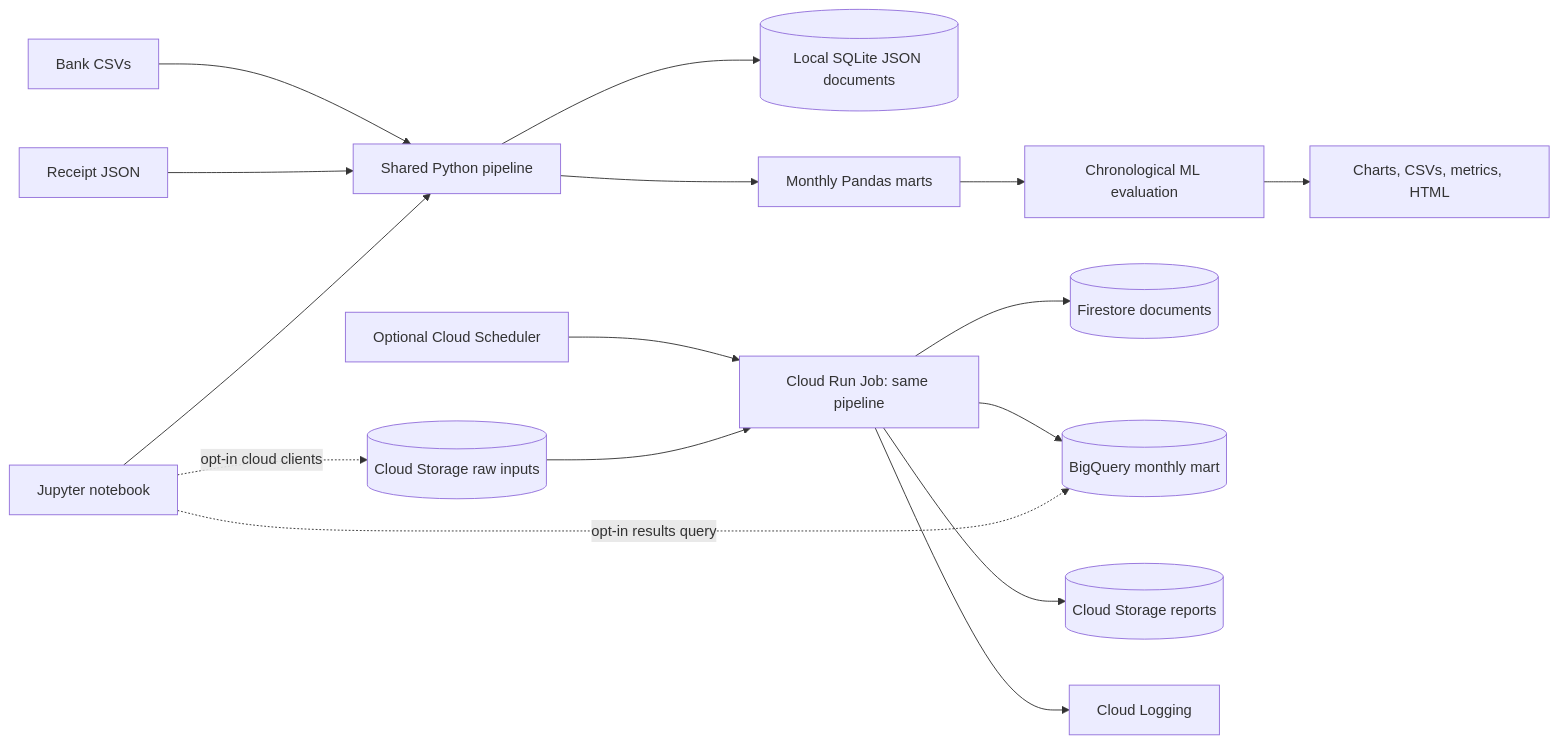
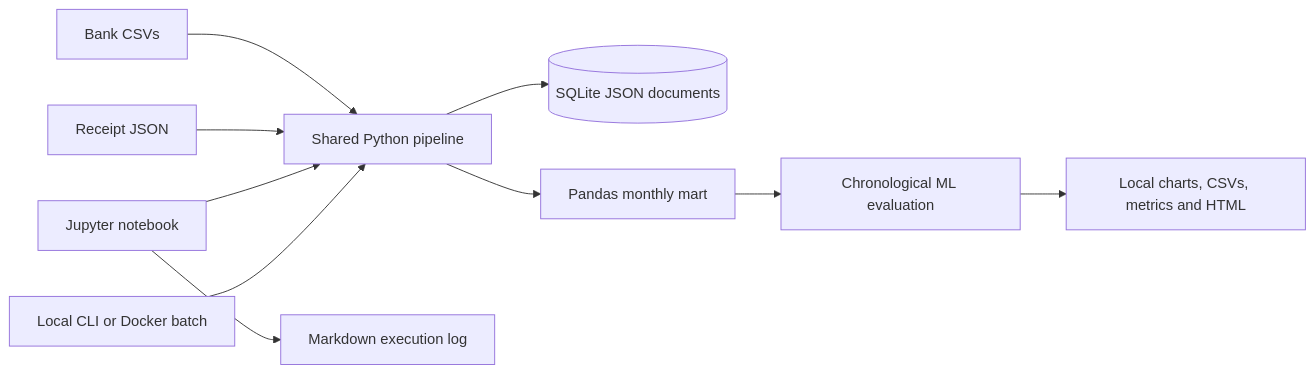
Before and after one commit to swasthika-aa/personal-finance-tracker: the diagram in README.md, drawn with Mermaid. The commit also changed other lines of this file and 35 other files, not shown here.

Commit message:
Make finance demo local-first and archive future cloud scope

````diff
--- a/README.md
+++ b/README.md
@@ -88,18 +91,12 @@
 ```mermaid
 flowchart LR
     CSV[Bank CSVs] --> PY[Shared Python pipeline]
     JSON[Receipt JSON] --> PY
     NB[Jupyter notebook] --> PY
-    PY --> SQL[(Local SQLite JSON documents)]
-    PY --> MART[Monthly Pandas marts]
+    CLI[Local CLI or Docker batch] --> PY
+    PY --> DB[(SQLite JSON documents)]
+    PY --> MART[Pandas monthly mart]
     MART --> ML[Chronological ML evaluation]
-    ML --> REPORT[Charts, CSVs, metrics, HTML]
-    SCHED[Optional Cloud Scheduler] --> JOB[Cloud Run Job: same pipeline]
-    GCS[(Cloud Storage raw inputs)] --> JOB
-    JOB --> FS[(Firestore documents)]
-    JOB --> BQ[(BigQuery monthly mart)]
-    JOB --> GCSR[(Cloud Storage reports)]
-    JOB --> LOG[Cloud Logging]
-    NB -. opt-in cloud clients .-> GCS
-    NB -. opt-in results query .-> BQ
+    ML --> REPORT[Local charts, CSVs, metrics and HTML]
+    NB --> LOG[Markdown execution log]
 ```
````
